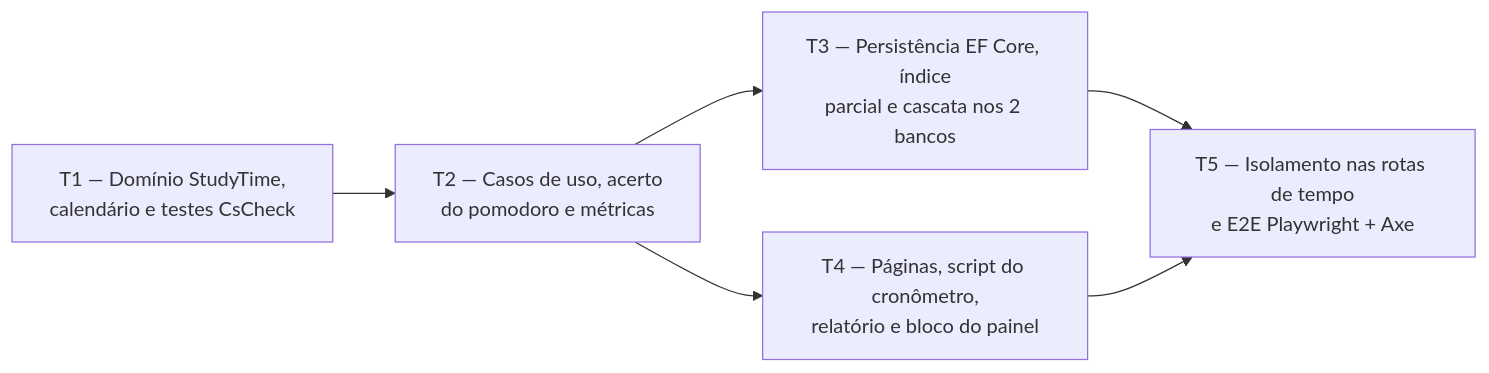
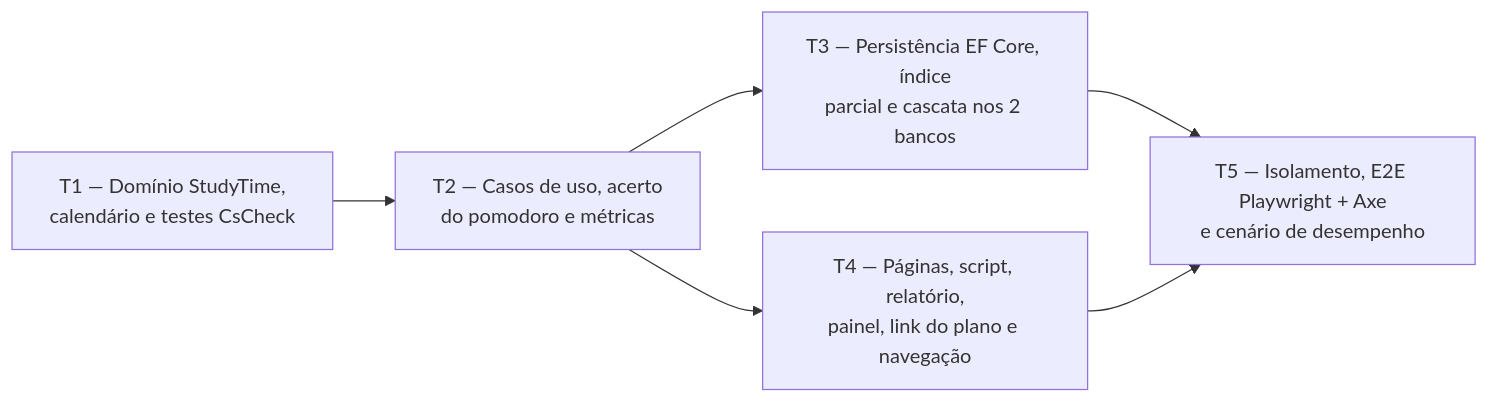
The diagram in docs/fases/fase-5-tempo-de-estudo.md (vitorparras/Trail), drawn with Mermaid before and after one commit. The commit also changed other lines of this file and 6 other files, not shown here.

````diff
--- a/docs/fases/fase-5-tempo-de-estudo.md
+++ b/docs/fases/fase-5-tempo-de-estudo.md
@@ -79,8 +120,8 @@
 ```mermaid
 flowchart LR
     T1["T1 — Domínio StudyTime,<br/>calendário e testes CsCheck"] --> T2["T2 — Casos de uso, acerto<br/>do pomodoro e métricas"]
     T2 --> T3["T3 — Persistência EF Core, índice<br/>parcial e cascata nos 2 bancos"]
-    T2 --> T4["T4 — Páginas, script do cronômetro,<br/>relatório e bloco do painel"]
-    T3 --> T5["T5 — Isolamento nas rotas de tempo<br/>e E2E Playwright + Axe"]
+    T2 --> T4["T4 — Páginas, script, relatório,<br/>painel, link do plano e navegação"]
+    T3 --> T5["T5 — Isolamento, E2E Playwright + Axe<br/>e cenário de desempenho"]
     T4 --> T5
 ```
````
